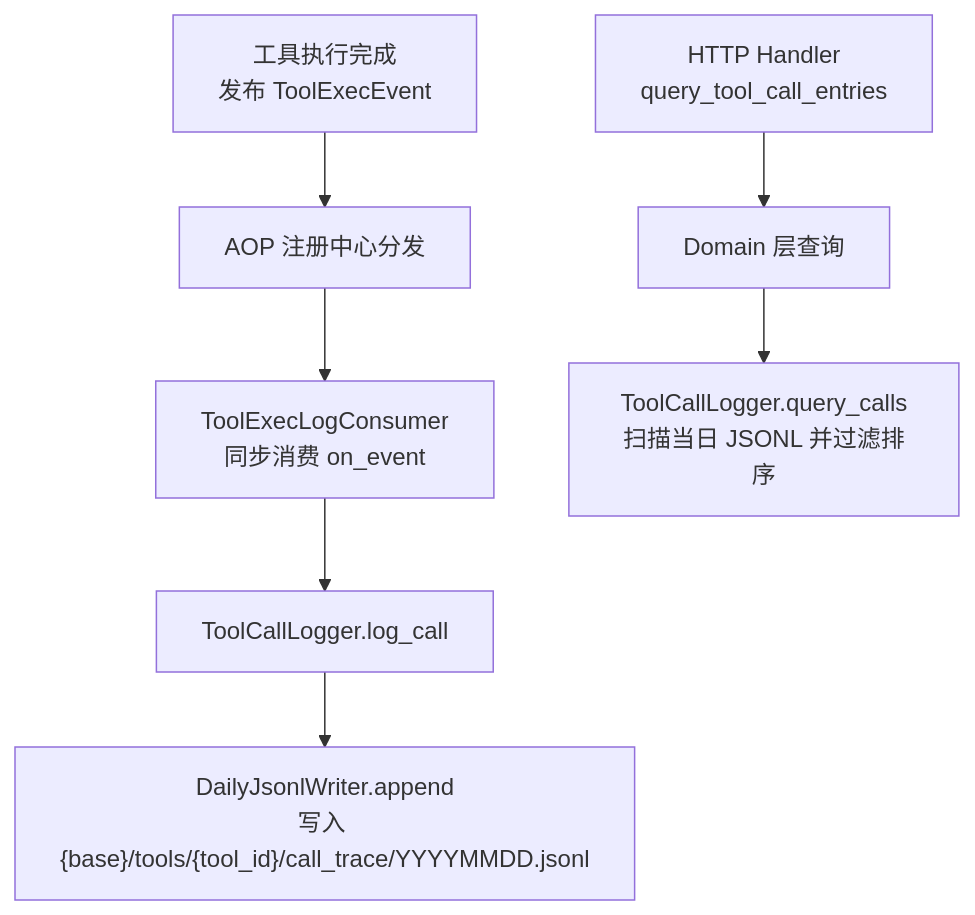
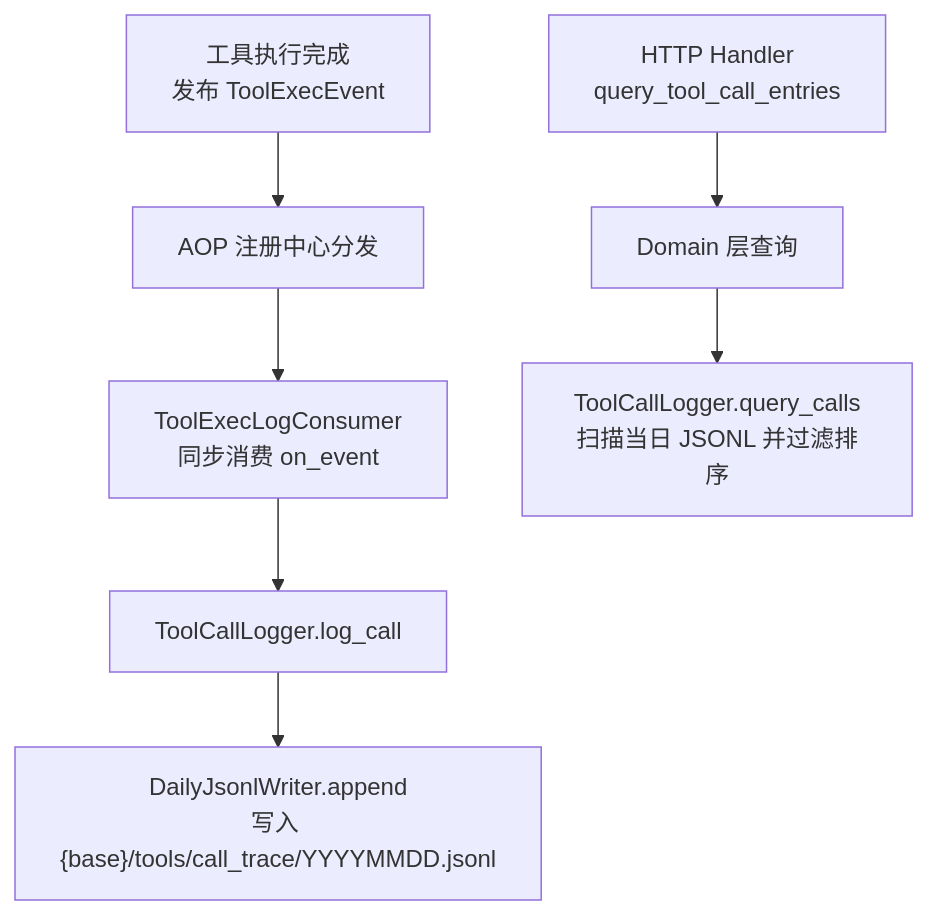
Before and after one commit to runningcoders/ai_orz: the first of 7 diagrams in docs/wiki/zh/content/基础设施/AOP 事件系统/事件消费者/工具执行日志消费者.md, drawn with Mermaid. The commit also changed other lines of this file and 6 other files, not shown here.

Commit message:
docs(wiki): 同步工具调用追踪与记忆写入现状 — call trace 路径改为 tools/call_trace/{YYYYMMDD}.jsonl，log_call/DailyJsonlWriter 签名与时序图更新（拉平 + 不数行 + append_batch），ToolCallLogger 不再按 tool_id 组织目录

````diff
--- a/docs/wiki/zh/content/基础设施/AOP 事件系统/事件消费者/工具执行日志消费者.md
+++ b/docs/wiki/zh/content/基础设施/AOP 事件系统/事件消费者/工具执行日志消费者.md
@@ -48,9 +48,9 @@
 ```mermaid
 graph TB
 A["工具执行完成<br/>发布 ToolExecEvent"] --> B["AOP 注册中心分发"]
 B --> C["ToolExecLogConsumer<br/>同步消费 on_event"]
 C --> D["ToolCallLogger.log_call"]
-D --> E["DailyJsonlWriter.append<br/>写入 {base}/tools/{tool_id}/call_trace/YYYYMMDD.jsonl"]
+D --> E["DailyJsonlWriter.append<br/>写入 {base}/tools/call_trace/YYYYMMDD.jsonl"]
 F["HTTP Handler<br/>query_tool_call_entries"] --> G["Domain 层查询"]
 G --> H["ToolCallLogger.query_calls<br/>扫描当日 JSONL 并过滤排序"]
 ```
````
